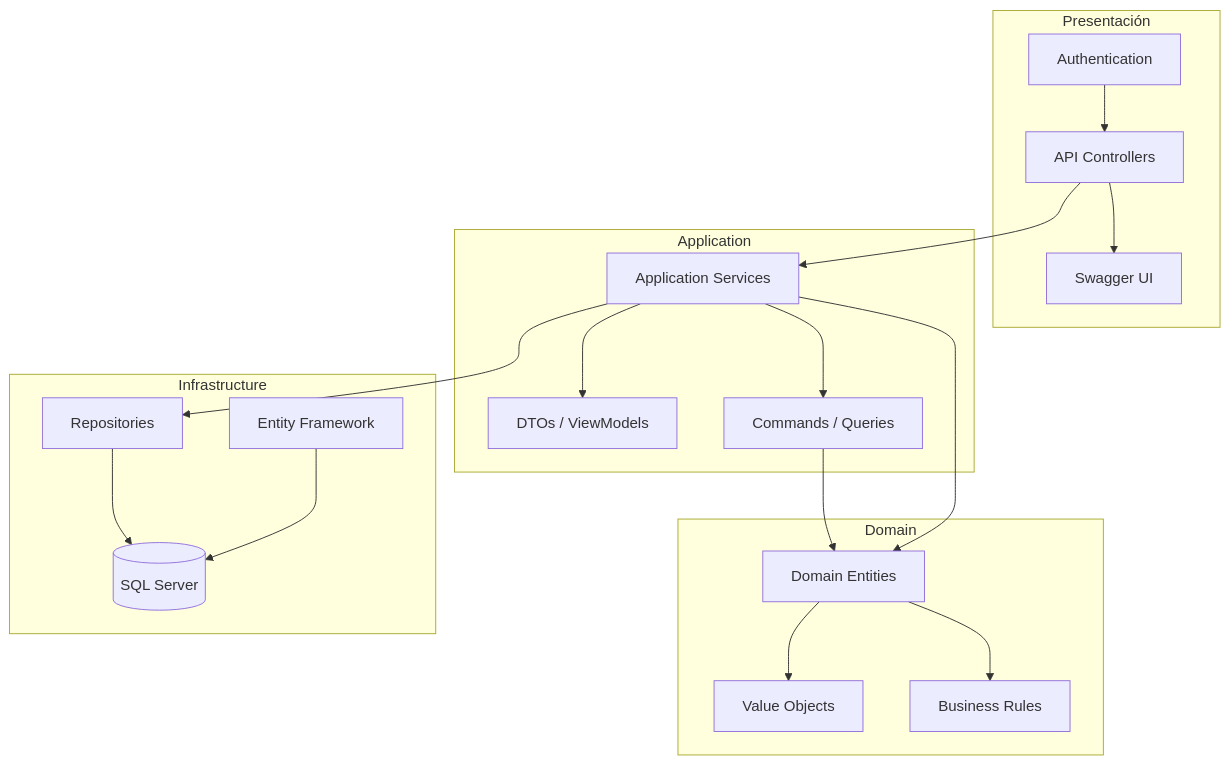
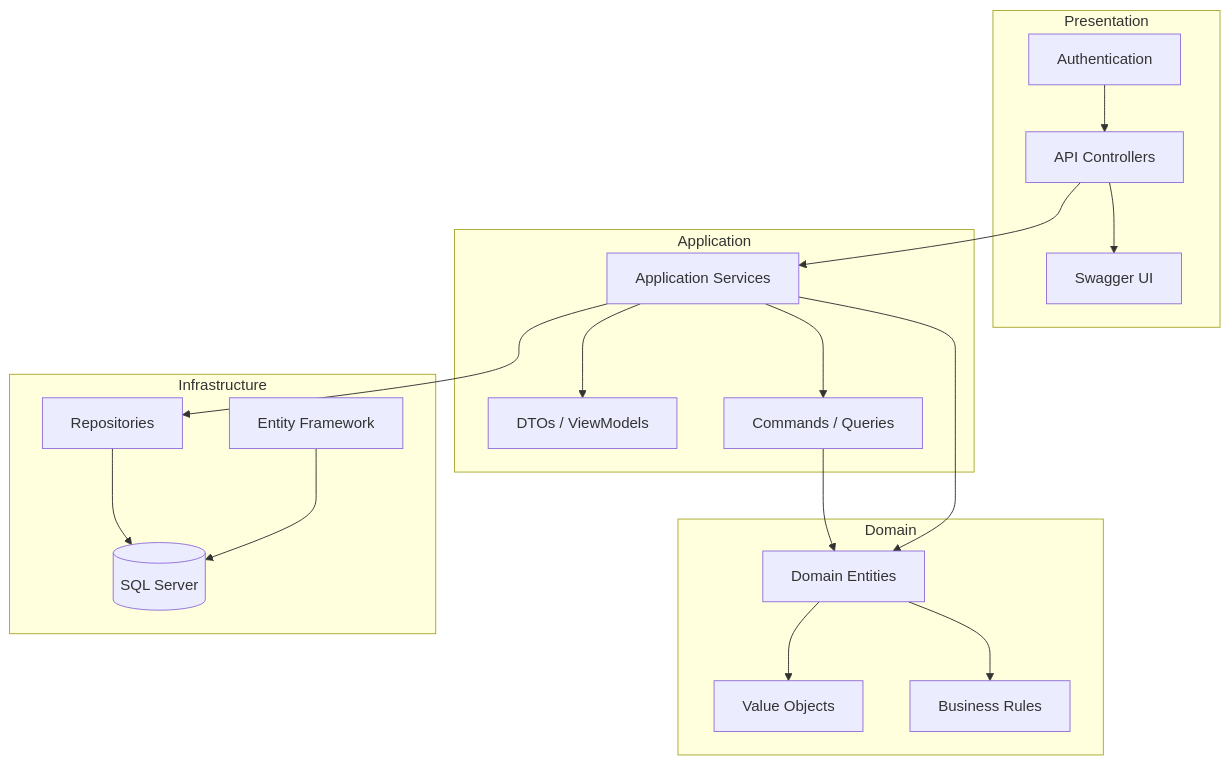
One commit to jeancadev/BusinessManagement changed the diagram in README.md. Above: the diagram before and after it, drawn with Mermaid. The commit also changed other lines of this file, not shown here.

````diff
--- a/README.md
+++ b/README.md
@@ -39,39 +39,39 @@
 ```mermaid
 flowchart TB
-    subgraph Presentación
+    subgraph Presentation
         API[API Controllers]
         Swagger[Swagger UI]
         Auth[Authentication]
         API --> Swagger
         Auth --> API
     end
 
     subgraph Application
         Services[Application Services]
         DTOs[DTOs / ViewModels]
         Commands[Commands / Queries]
     end
 
     subgraph Domain
         Entities[Domain Entities]
         ValueObj[Value Objects]
         Rules[Business Rules]
     end
 
     subgraph Infrastructure
         Repos[Repositories]
         DB[(SQL Server)]
         EF[Entity Framework]
     end
 
     API --> Services
     Services --> DTOs
     Services --> Commands
     Commands --> Entities
     Services --> Entities
     Entities --> ValueObj
     Entities --> Rules
     Repos --> DB
     EF --> DB
     Services --> Repos
 ```
````
